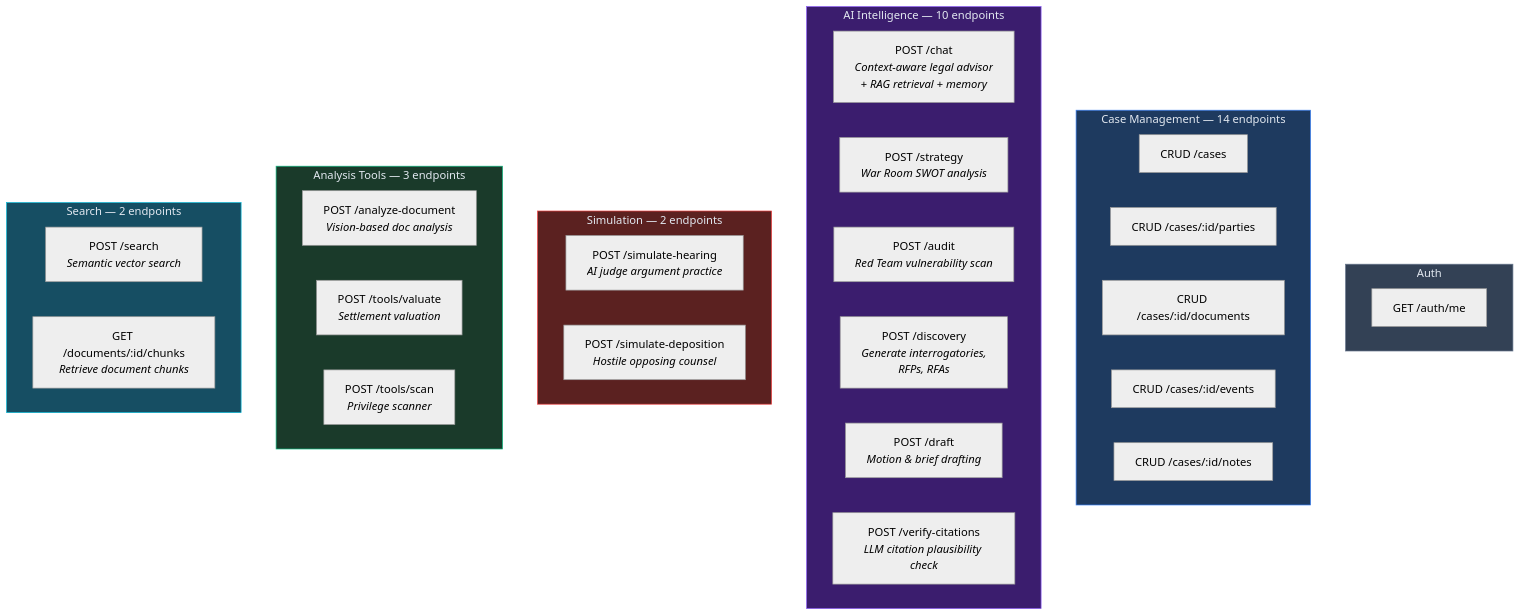
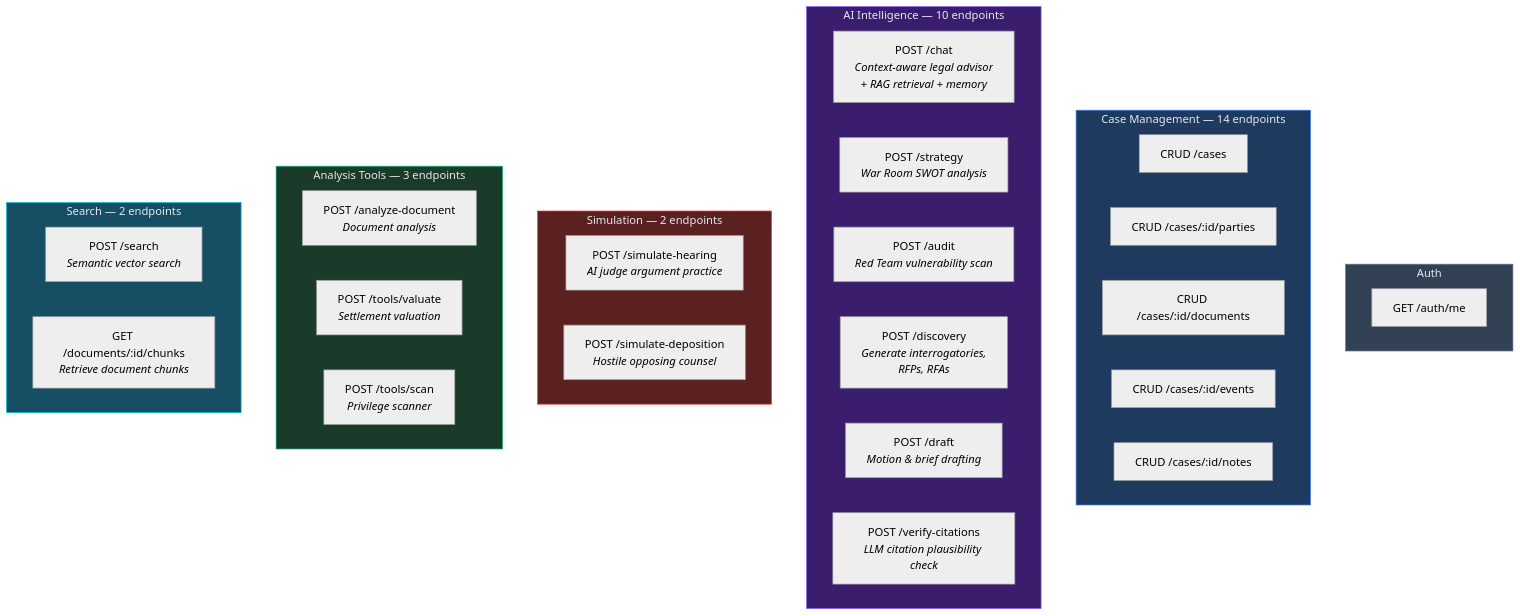
The seventh of 11 diagrams in ARCHITECTURE.md (EolaFam1828/AetherLegalIntelligence), drawn with Mermaid (neutral theme) before and after one commit. The commit also changed other lines of this file and 4 other files, not shown here.

````diff
--- a/ARCHITECTURE.md
+++ b/ARCHITECTURE.md
@@ -360,46 +357,46 @@
 ```mermaid
 flowchart TB
     subgraph AUTH["Auth"]
         A1["GET /auth/me"]
     end
 
     subgraph CASE_MGMT["Case Management — 14 endpoints"]
         C1["CRUD /cases"]
         C2["CRUD /cases/:id/parties"]
         C3["CRUD /cases/:id/documents"]
         C4["CRUD /cases/:id/events"]
         C5["CRUD /cases/:id/notes"]
     end
 
     subgraph AI_INTEL["AI Intelligence — 10 endpoints"]
         I1["POST /chat<br/><i>Context-aware legal advisor<br/>+ RAG retrieval + memory</i>"]
         I2["POST /strategy<br/><i>War Room SWOT analysis</i>"]
         I3["POST /audit<br/><i>Red Team vulnerability scan</i>"]
         I4["POST /discovery<br/><i>Generate interrogatories,<br/>RFPs, RFAs</i>"]
         I5["POST /draft<br/><i>Motion & brief drafting</i>"]
         I6["POST /verify-citations<br/><i>LLM citation plausibility check</i>"]
     end
 
     subgraph SIMULATION["Simulation — 2 endpoints"]
         S1["POST /simulate-hearing<br/><i>AI judge argument practice</i>"]
         S2["POST /simulate-deposition<br/><i>Hostile opposing counsel</i>"]
     end
 
     subgraph TOOLS["Analysis Tools — 3 endpoints"]
-        T1["POST /analyze-document<br/><i>Vision-based doc analysis</i>"]
+        T1["POST /analyze-document<br/><i>Document analysis</i>"]
         T2["POST /tools/valuate<br/><i>Settlement valuation</i>"]
         T3["POST /tools/scan<br/><i>Privilege scanner</i>"]
     end
 
     subgraph SEARCH["Search — 2 endpoints"]
         SE1["POST /search<br/><i>Semantic vector search</i>"]
         SE2["GET /documents/:id/chunks<br/><i>Retrieve document chunks</i>"]
     end
 
     style AUTH fill:#334155,stroke:#64748b,color:#e2e8f0
     style CASE_MGMT fill:#1e3a5f,stroke:#3b82f6,color:#e2e8f0
     style AI_INTEL fill:#3b1d6e,stroke:#8b5cf6,color:#e2e8f0
     style SIMULATION fill:#5b2120,stroke:#ef4444,color:#e2e8f0
     style TOOLS fill:#1a3a2a,stroke:#10b981,color:#e2e8f0
     style SEARCH fill:#164e63,stroke:#06b6d4,color:#e2e8f0
 ```
````
